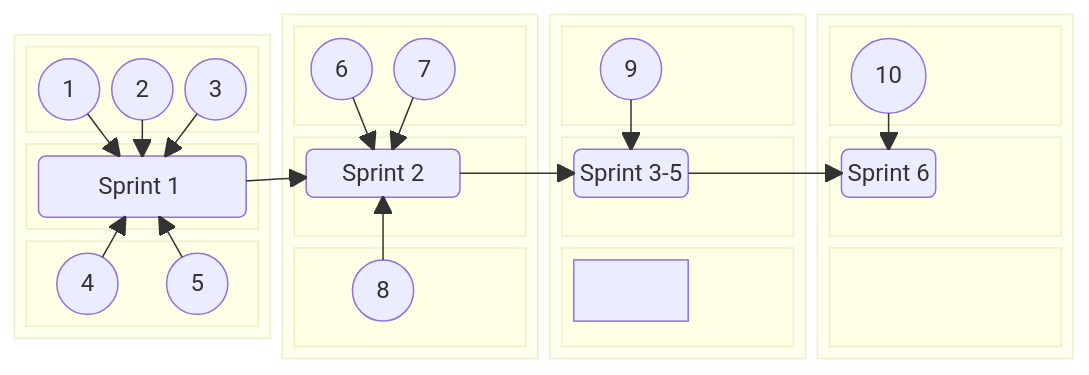
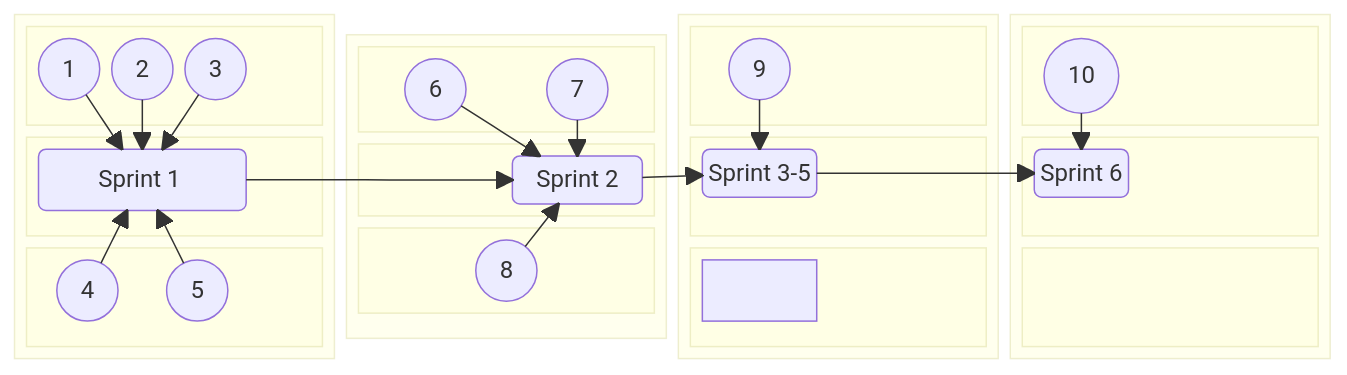
Before and after one commit to jdmedlock/mermaid_testing: the second of 2 diagrams in README.md, drawn with Mermaid.

Commit message:
Feature: Add annotations to test layout

````diff
--- a/README.md
+++ b/README.md
@@ -90,74 +90,75 @@
 ```mermaid
   block-beta
     columns 4
     block:B1:1
       columns 1
       block:B1TOP
         A1(("&nbsp;&nbsp; 1 &nbsp;&nbsp;"))
         A2(("&nbsp;&nbsp; 2 &nbsp;&nbsp;"))
         A3(("&nbsp;&nbsp; 3 &nbsp;&nbsp;"))
       end
       block:B1CENTER
         SPRINT1("Sprint 1&nbsp;")
       end
       block:B1BOTTOM
         A4(("&nbsp;&nbsp; 4 &nbsp;&nbsp;"))
         A5(("&nbsp;&nbsp; 5 &nbsp;&nbsp;"))
       end
       A1 ----> SPRINT1
       A2 ----> SPRINT1
       A3 ----> SPRINT1
       A4 ----> SPRINT1
       A5 ----> SPRINT1
     end
 
     block:B2:1
       columns 1
       block:B2TOP
         A6(("&nbsp;&nbsp; 6 &nbsp;&nbsp;"))
         A7(("&nbsp;&nbsp; 7 &nbsp;&nbsp;"))
       end
       block:B2CENTER
-        SPRINT2("&nbsp;&nbsp;&nbsp;&nbsp; Sprint 2 &nbsp;&nbsp;&nbsp;&nbsp;")
+        space
+        SPRINT2("&nbsp;&nbsp; Sprint 2 &nbsp;&nbsp;")
       end
       block:B2BOTTOM
         A8(("&nbsp;&nbsp; 8 &nbsp;&nbsp;"))
       end
       A6 ----> SPRINT2
       A7 ----> SPRINT2
       A8 ----> SPRINT2
     end
 
     block:B3:1
       columns 1
       block:B3TOP
         A9(("&nbsp;&nbsp; 9 &nbsp;&nbsp;"))
       end
       block:B3CENTER
         SPRINTS35("Sprint 3-5")
       end
       block:B3BOTTOM
         &nbsp;
       end
       A9 ----> SPRINTS35
     end
 
     block:B4:1
       columns 1
       block:B4TOP
         A10(("&nbsp;&nbsp; 10 &nbsp;&nbsp;"))
       end
       block:B4CENTER
         SPRINT6("Sprint 6")
       end
       block:B4BOTTOM
         &nbsp;
       end
       A10 ----> SPRINT6
     end
 
     SPRINT1 --> SPRINT2
     SPRINT2 --> SPRINTS35
     SPRINTS35 --> SPRINT6
 
 ```
````
